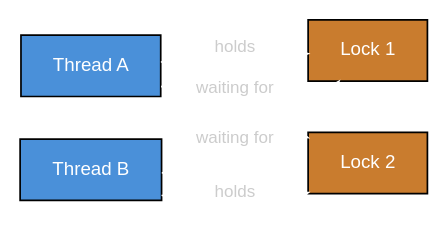
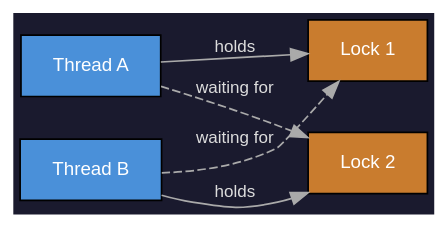
Before and after one commit to symentispl/java-concurrency-primer: the sixth of 6 diagrams in slides/src/main/slides/index.adoc, drawn with Graphviz. The commit also changed other lines of this file, not shown here.

First line of the commit message:
fix: fix graphviz arrow/label visibility and standardize diagram size across all 6 diagrams

```diff
--- a/slides/src/main/slides/index.adoc
+++ b/slides/src/main/slides/index.adoc
@@ -662,18 +667,19 @@
 [graphviz]
 ----
 digraph deadlock {
     rankdir=LR
+    graph [bgcolor="#1a1a2e", size="18,9"]
     node [shape=rect, style=filled, fontname="sans-serif", fontsize=11, margin="0.25,0.15"]
-    edge [fontname="sans-serif", fontsize=10, color=white, fontcolor="#cccccc"]
+    edge [fontname="sans-serif", fontsize=10, color="#aaaaaa", fontcolor="#dddddd"]
 
     TA [label="Thread A", fillcolor="#4a90d9", fontcolor=white]
     TB [label="Thread B", fillcolor="#4a90d9", fontcolor=white]
     L1 [label="Lock 1",   fillcolor="#c97c2e", fontcolor=white]
     L2 [label="Lock 2",   fillcolor="#c97c2e", fontcolor=white]
 
     TA -> L1 [label="holds"]
     TA -> L2 [label="waiting for", style=dashed]
     TB -> L2 [label="holds"]
     TB -> L1 [label="waiting for", style=dashed]
 }
 ----
```
